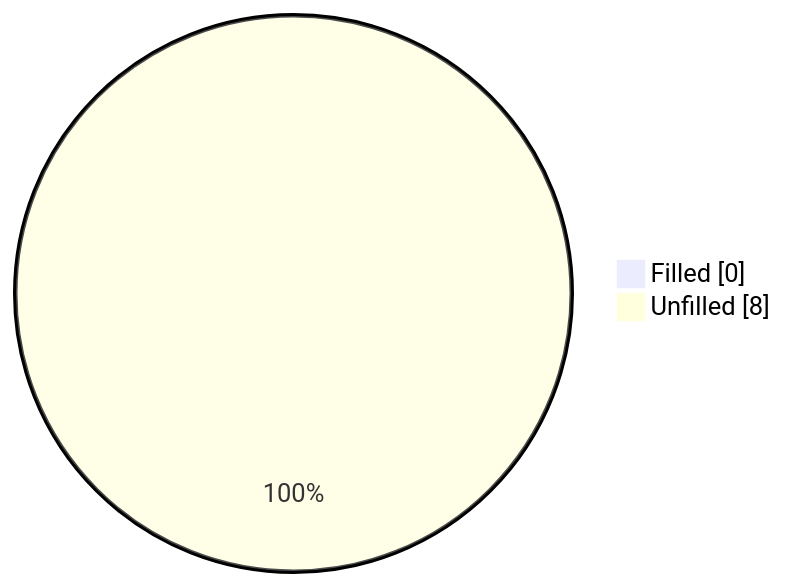
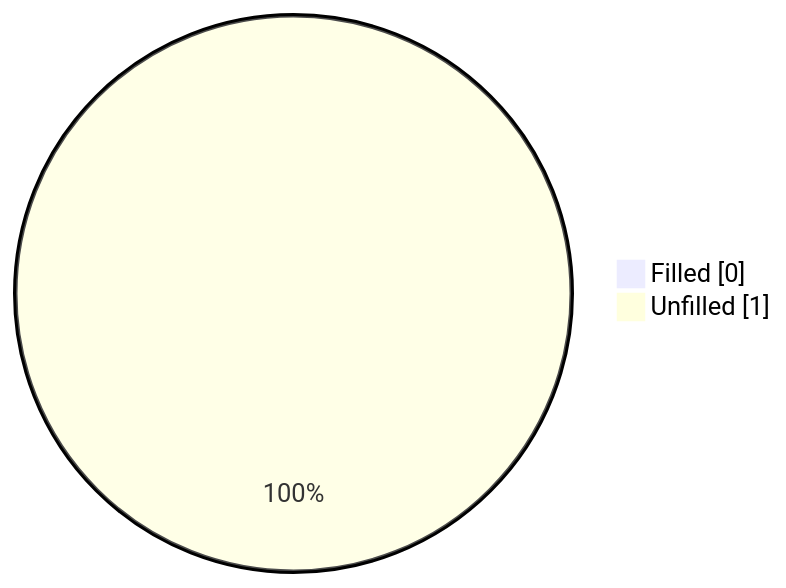
The first of 2 diagrams in workspace/honda/pilot-2026/ivi/published/features/README.md (Chieko-Y/my-spec-generator), drawn with Mermaid before and after one commit. The commit also changed other lines of this file and 168 other files, not shown here.

````diff
--- a/workspace/honda/pilot-2026/ivi/published/features/README.md
+++ b/workspace/honda/pilot-2026/ivi/published/features/README.md
@@ -22,5 +22,5 @@
 ```mermaid
 pie showData
     "Filled" : 0
-    "Unfilled" : 8
+    "Unfilled" : 1
 ```
````
